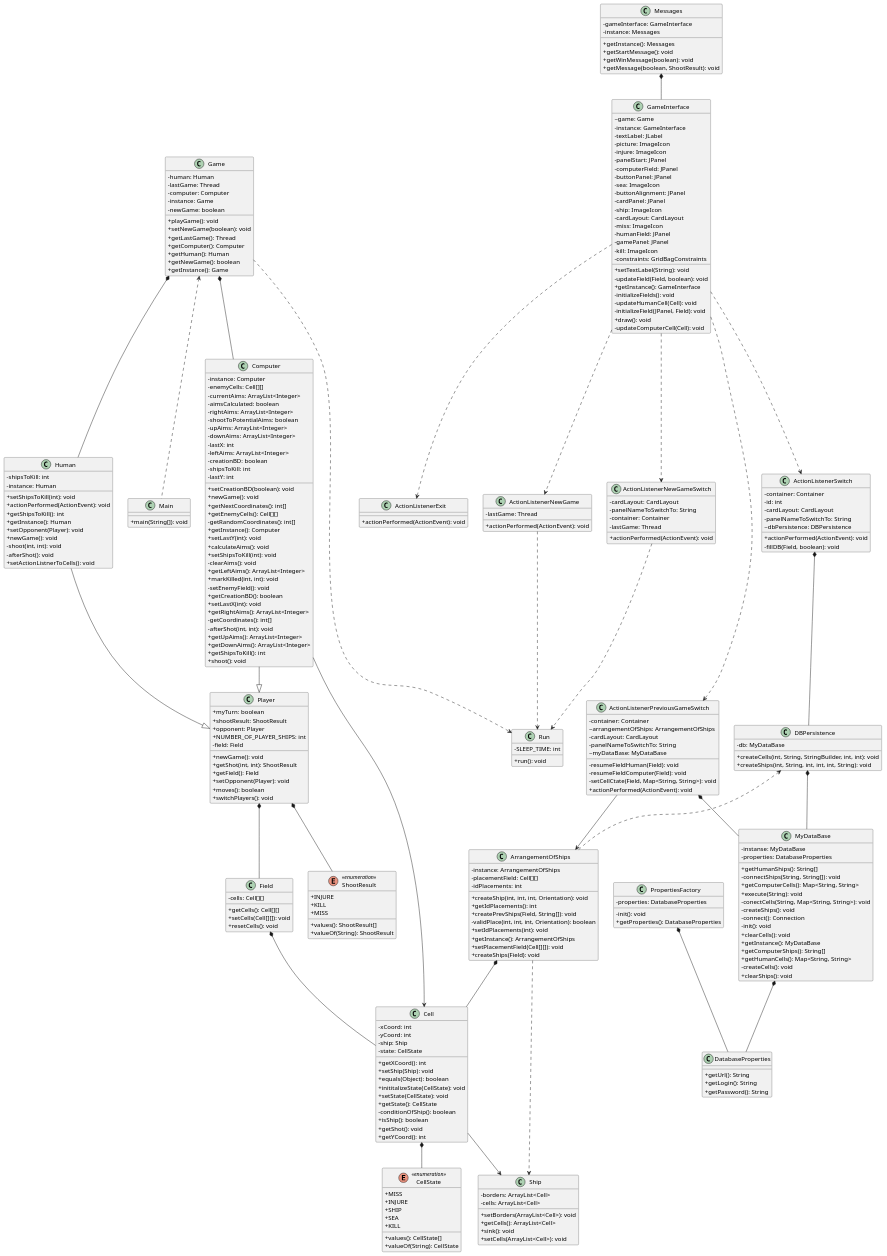
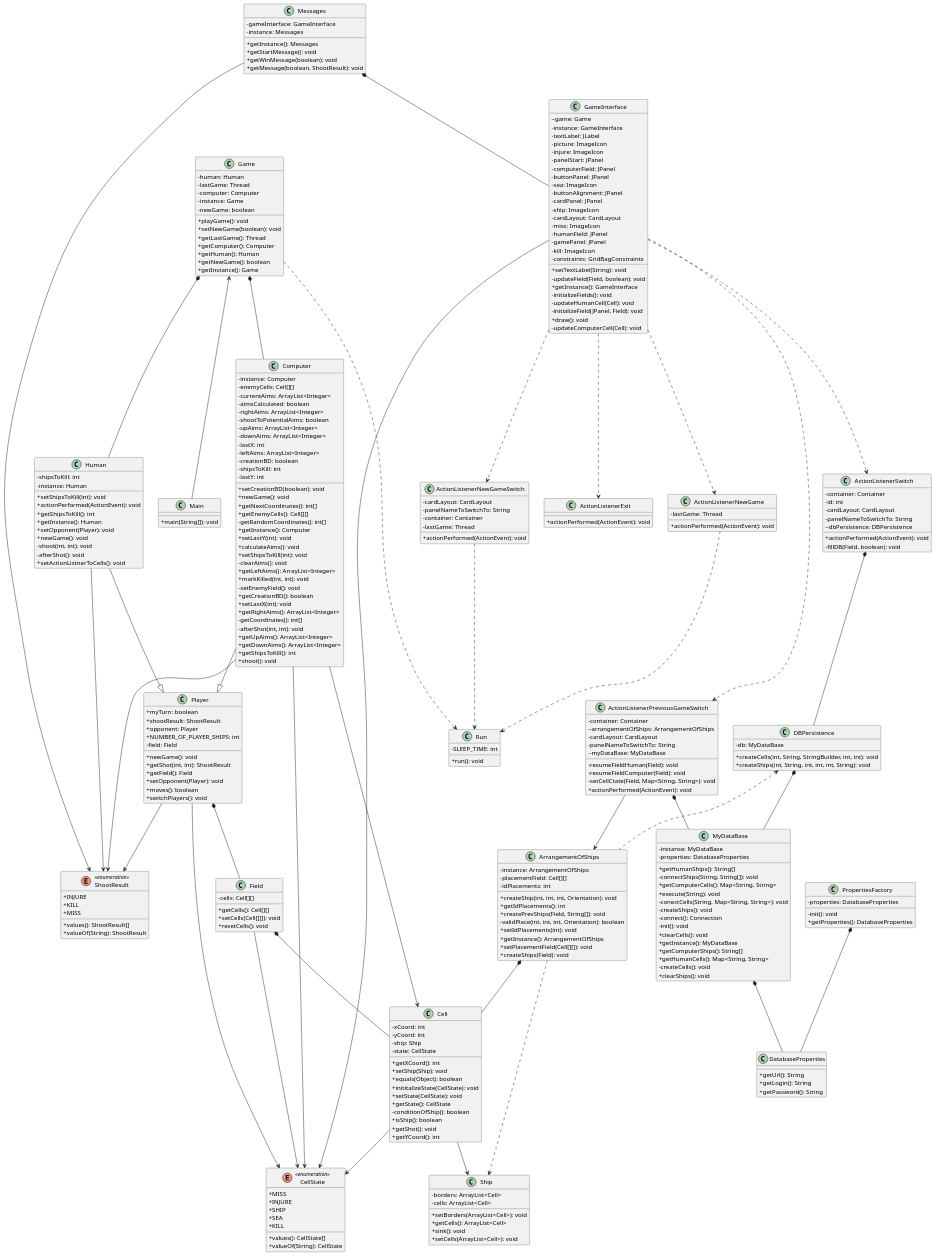
Before and after one commit to Shibenkova-Polina/SeaBattle: the diagram in Дерево функций, правила, UML/diagramClasses.plantuml, drawn with PlantUML.

Commit message:
change class diagram

```diff
--- a/Дерево функций, правила, UML/diagramClasses.plantuml
+++ b/Дерево функций, правила, UML/diagramClasses.plantuml
@@ -248,7 +248,7 @@
   + valueOf(String): ShootResult
 }
 
-Game <.. Main
+Game <-- Main
 Human --|> Player
 Computer --|> Player
 Game *-- Computer
@@ -261,11 +261,20 @@
 GameInterface  ..>  ActionListenerPreviousGameSwitch
 GameInterface  ..>  ActionListenerSwitch
 
-Player *-- ShootResult
+Player --> ShootResult
+Messages --> ShootResult
+Computer --> ShootResult
+Human --> ShootResult
+
 Player *-- Field
 Field *-- Cell
-Cell *-- CellState
 Cell --> Ship
+
+Cell --> CellState
+GameInterface --> CellState
+Computer --> CellState
+Field --> CellState
+Player --> CellState
 
 Computer --> Cell
 
```
